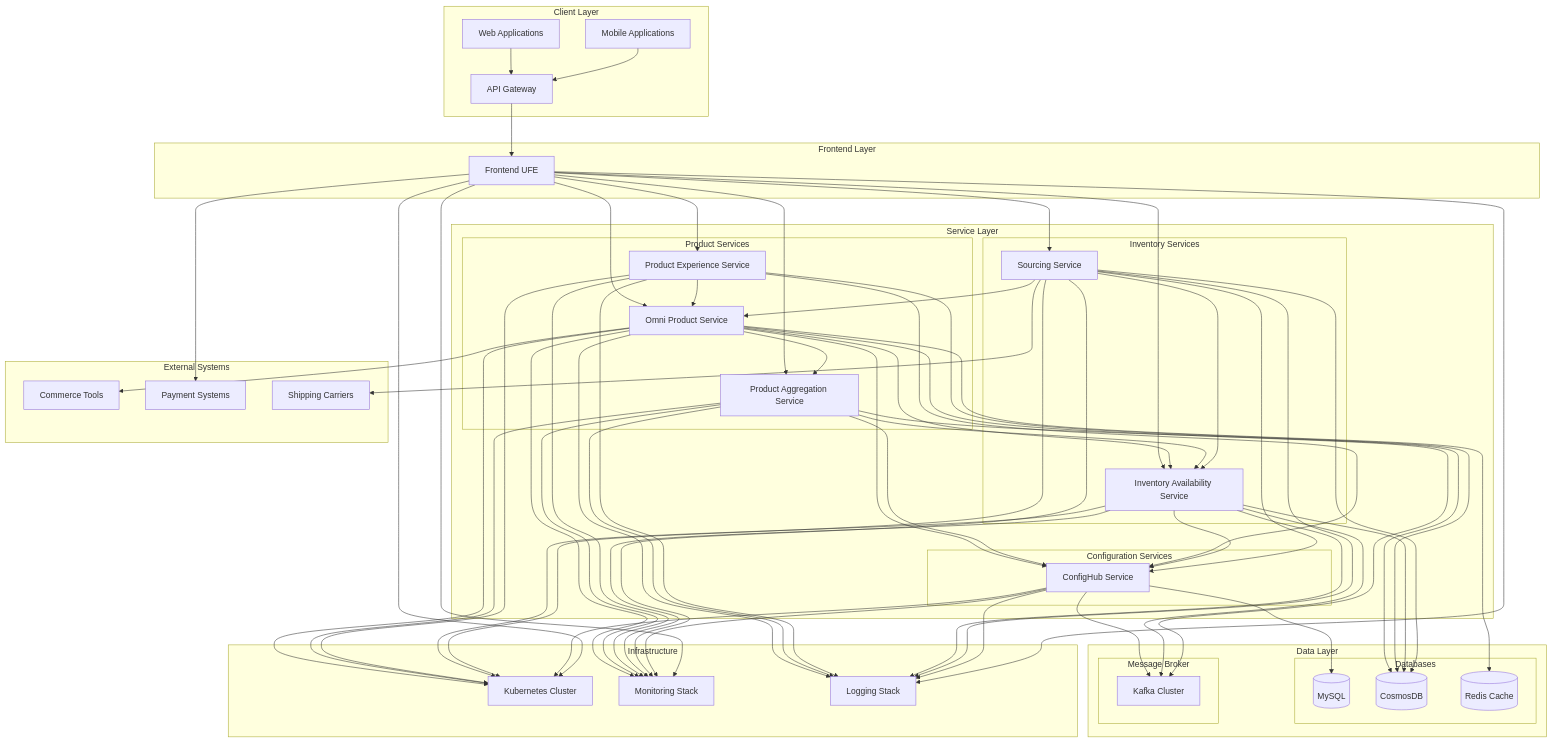
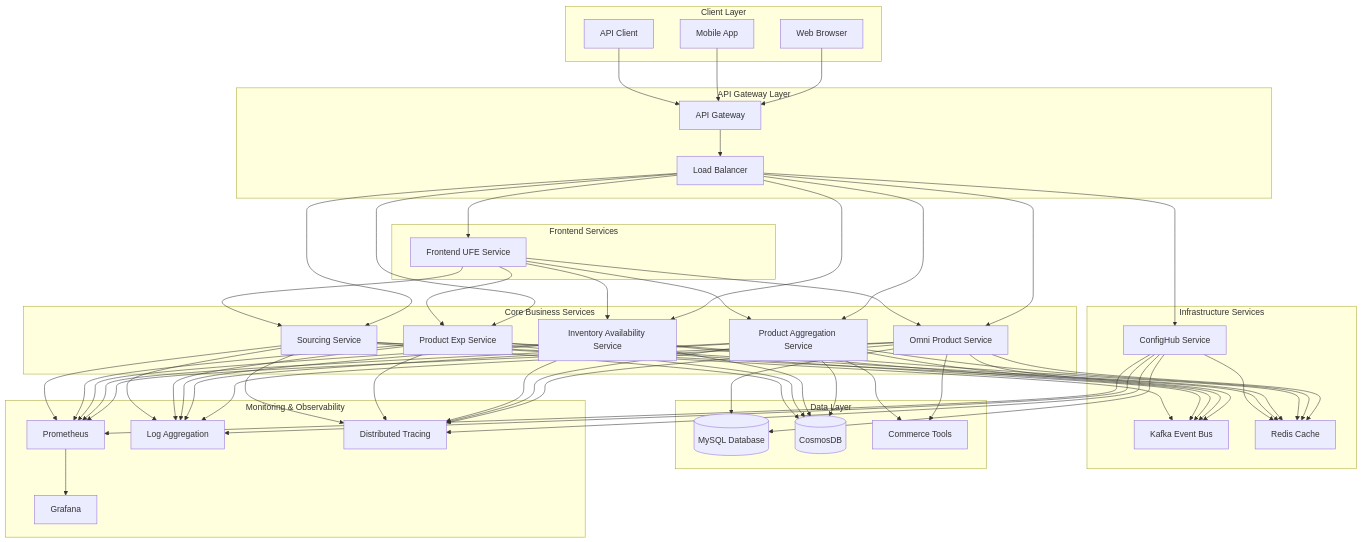
The first of 9 diagrams in generated-docs/overall-architecture.md (aahmadseph/SST-Phase-2), drawn with Mermaid before and after one commit. The commit also changed other lines of this file and 13 other files, not shown here.

````diff
--- a/generated-docs/overall-architecture.md
+++ b/generated-docs/overall-architecture.md
@@ -545,116 +71,109 @@
 ```mermaid
 graph TB
     subgraph "Client Layer"
-        WEB[Web Applications]
-        MOBILE[Mobile Applications]
-        API_GW[API Gateway]
+        WEB[Web Browser]
+        MOBILE[Mobile App]
+        API_CLIENT[API Client]
     end
     
-    subgraph "Frontend Layer"
-        UFE[Frontend UFE]
+    subgraph "API Gateway Layer"
+        GATEWAY[API Gateway]
+        LOAD_BALANCER[Load Balancer]
     end
     
-    subgraph "Service Layer"
-        subgraph "Product Services"
-            OPS[Omni Product Service]
-            PAS[Product Aggregation Service]
-            PES[Product Experience Service]
-        end
-        
-        subgraph "Inventory Services"
-            IAS[Inventory Availability Service]
-            SS[Sourcing Service]
-        end
-        
-        subgraph "Configuration Services"
-            CHS[ConfigHub Service]
-        end
+    subgraph "Frontend Services"
+        UFE[Frontend UFE Service]
+    end
+    
+    subgraph "Core Business Services"
+        OPS[Omni Product Service]
+        PAS[Product Aggregation Service]
+        IAS[Inventory Availability Service]
+        PES[Product Exp Service]
+        SS[Sourcing Service]
+    end
+    
+    subgraph "Infrastructure Services"
+        CH[ConfigHub Service]
+        KAFKA[Kafka Event Bus]
+        REDIS[Redis Cache]
     end
     
     subgraph "Data Layer"
-        subgraph "Databases"
-            MYSQL[(MySQL)]
-            COSMOS[(CosmosDB)]
-            REDIS[(Redis Cache)]
-        end
-        
-        subgraph "Message Broker"
-            KAFKA[Kafka Cluster]
-        end
+        MYSQL[(MySQL Database)]
+        COSMOS[(CosmosDB)]
+        COMMERCE[Commerce Tools]
     end
     
-    subgraph "External Systems"
-        COMMERCE[Commerce Tools]
-        PAYMENT[Payment Systems]
-        SHIPPING[Shipping Carriers]
+    subgraph "Monitoring & Observability"
+        PROM[Prometheus]
+        GRAF[Grafana]
+        LOGS[Log Aggregation]
+        TRACING[Distributed Tracing]
     end
     
-    subgraph "Infrastructure"
-        K8S[Kubernetes Cluster]
-        MON[Monitoring Stack]
-        LOG[Logging Stack]
-    end
+    WEB --> GATEWAY
+    MOBILE --> GATEWAY
+    API_CLIENT --> GATEWAY
     
-    WEB --> API_GW
-    MOBILE --> API_GW
-    API_GW --> UFE
+    GATEWAY --> LOAD_BALANCER
+    LOAD_BALANCER --> UFE
+    LOAD_BALANCER --> OPS
+    LOAD_BALANCER --> PAS
+    LOAD_BALANCER --> IAS
+    LOAD_BALANCER --> PES
+    LOAD_BALANCER --> SS
+    LOAD_BALANCER --> CH
     
     UFE --> OPS
     UFE --> PAS
+    UFE --> IAS
     UFE --> PES
-    UFE --> IAS
     UFE --> SS
     
-    OPS --> PAS
-    OPS --> IAS
-    PAS --> IAS
-    PES --> OPS
+    OPS --> KAFKA
+    PAS --> KAFKA
+    IAS --> KAFKA
+    PES --> KAFKA
+    SS --> KAFKA
     
-    SS --> IAS
-    SS --> OPS
+    OPS --> REDIS
+    PAS --> REDIS
+    IAS --> REDIS
+    PES --> REDIS
+    SS --> REDIS
+    CH --> REDIS
     
-    OPS --> CHS
-    PAS --> CHS
-    PES --> CHS
-    IAS --> CHS
-    SS --> CHS
-    
-    CHS --> MYSQL
-    OPS --> REDIS
+    OPS --> MYSQL
     PAS --> COSMOS
+    IAS --> COSMOS
     PES --> COSMOS
-    IAS --> COSMOS
     SS --> COSMOS
-    
-    CHS --> KAFKA
-    IAS --> KAFKA
-    OPS --> KAFKA
+    CH --> MYSQL
     
     OPS --> COMMERCE
-    SS --> SHIPPING
-    UFE --> PAYMENT
+    PAS --> COMMERCE
     
-    OPS --> K8S
-    PAS --> K8S
-    PES --> K8S
-    IAS --> K8S
-    SS --> K8S
-    CHS --> K8S
-    UFE --> K8S
+    OPS --> PROM
+    PAS --> PROM
+    IAS --> PROM
+    PES --> PROM
+    SS --> PROM
+    CH --> PROM
     
-    OPS --> MON
-    PAS --> MON
-    PES --> MON
-    IAS --> MON
-    SS --> MON
-    CHS --> MON
-    UFE --> MON
+    PROM --> GRAF
     
-    OPS --> LOG
-    PAS --> LOG
-    PES --> LOG
-    IAS --> LOG
-    SS --> LOG
-    CHS --> LOG
-    UFE --> LOG
+    OPS --> LOGS
+    PAS --> LOGS
+    IAS --> LOGS
+    PES --> LOGS
+    SS --> LOGS
+    CH --> LOGS
+    
+    OPS --> TRACING
+    PAS --> TRACING
+    IAS --> TRACING
+    PES --> TRACING
+    SS --> TRACING
+    CH --> TRACING
 ```
````
